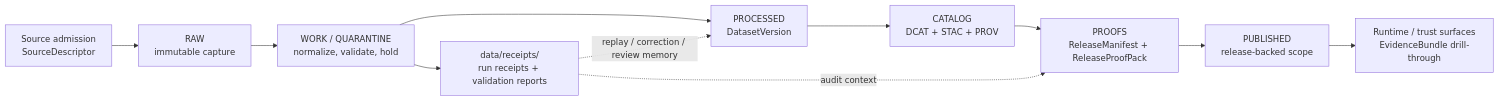
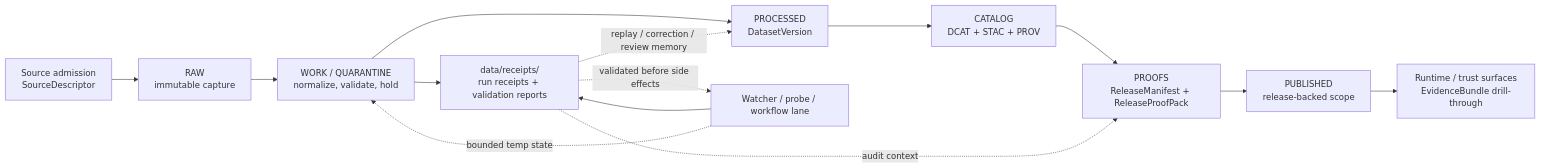
The diagram in data/receipts/README.md (bartytime4life/Kansas-Frontier-Matrix), drawn with Mermaid before and after one commit. The commit also changed other lines of this file, not shown here.

````diff
--- a/data/receipts/README.md
+++ b/data/receipts/README.md
@@ -349,14 +407,17 @@
 ```mermaid
 flowchart LR
     A[Source admission<br/>SourceDescriptor] --> B[RAW<br/>immutable capture]
     B --> C[WORK / QUARANTINE<br/>normalize, validate, hold]
     C --> D[data/receipts/<br/>run receipts + validation reports]
     C --> E[PROCESSED<br/>DatasetVersion]
     E --> F[CATALOG<br/>DCAT + STAC + PROV]
     F --> G[PROOFS<br/>ReleaseManifest + ReleaseProofPack]
     G --> H[PUBLISHED<br/>release-backed scope]
     H --> I[Runtime / trust surfaces<br/>EvidenceBundle drill-through]
 
+    J[Watcher / probe / workflow lane] --> D
+    J -. bounded temp state .-> C
     D -. replay / correction / review memory .-> E
     D -. audit context .-> G
+    D -. validated before side effects .-> J
 ```
````
